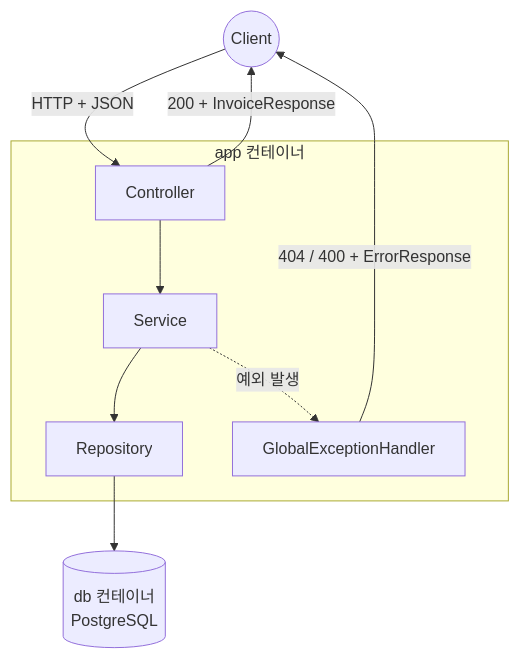
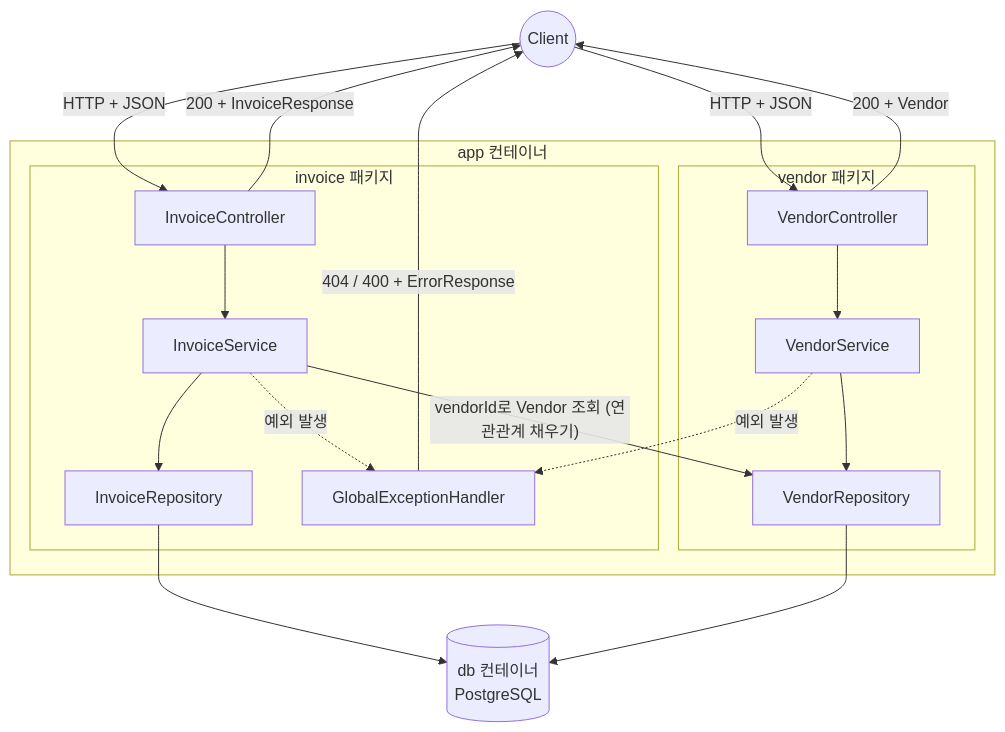
Before and after one commit to devHHS/invoice-app: the first of 2 diagrams in README.md, drawn with Mermaid. The commit also changed other lines of this file and 2 other files, not shown here.

Commit message:
docs: update README architecture for invoice-vendor domains and close out Month 2

````diff
--- a/README.md
+++ b/README.md
@@ -53,12 +60,23 @@
 ```mermaid
 flowchart TD
-    Client((Client)) -->|"HTTP + JSON"| Controller
+    Client((Client)) -->|"HTTP + JSON"| InvoiceController
+    Client -->|"HTTP + JSON"| VendorController
     subgraph app["app 컨테이너"]
-        Controller --> Service
-        Service --> Repository
-        Service -. "예외 발생" .-> Handler["GlobalExceptionHandler"]
+        subgraph invoice["invoice 패키지"]
+            InvoiceController --> InvoiceService
+            InvoiceService --> InvoiceRepository
+            InvoiceService -. "예외 발생" .-> Handler["GlobalExceptionHandler"]
+        end
+        subgraph vendor["vendor 패키지"]
+            VendorController --> VendorService
+            VendorService --> VendorRepository
+            VendorService -. "예외 발생" .-> Handler
+        end
+        InvoiceService -- "vendorId로 Vendor 조회 (연관관계 채우기)" --> VendorRepository
     end
-    Repository --> DB[("db 컨테이너\nPostgreSQL")]
+    InvoiceRepository --> DB[("db 컨테이너\nPostgreSQL")]
+    VendorRepository --> DB
     Handler -->|"404 / 400 + ErrorResponse"| Client
-    Controller -->|"200 + InvoiceResponse"| Client
+    InvoiceController -->|"200 + InvoiceResponse"| Client
+    VendorController -->|"200 + Vendor"| Client
 ```
````
